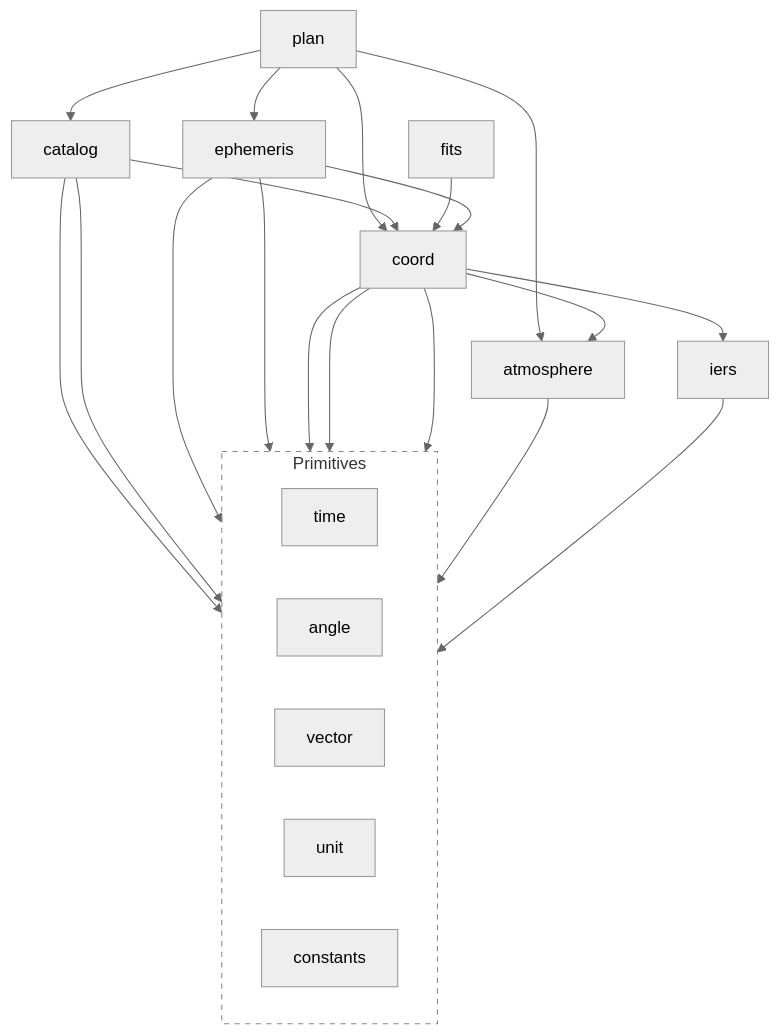
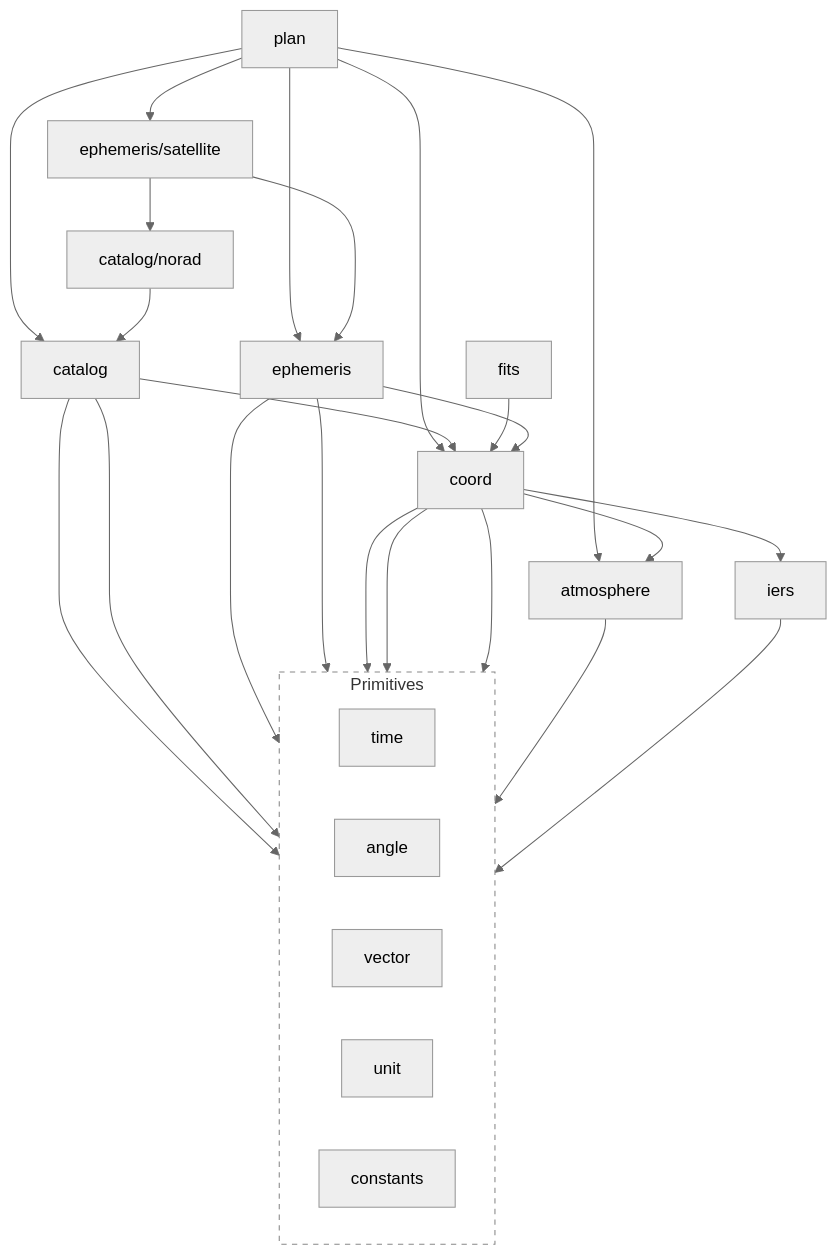
Before and after one commit to TuSKan/astrogo: the diagram in README.md, drawn with Mermaid (neutral theme). The commit also changed other lines of this file and 17 other files, not shown here.

Commit message:
feat: add NORAD GP element set support and integrate with unified satellite catalog resolver

````diff
--- a/README.md
+++ b/README.md
@@ -327,53 +360,57 @@
 ```mermaid
 flowchart TD
     %% High-level Orchestration
     plan[plan]
     catalog[catalog]
 
     %% Scientific Engines
     ephemeris[ephemeris]
     coord[coord]
     atmosphere[atmosphere]
     fits[fits]
     
     %% Data Providers
     iers[iers]
 
     %% Primitive Foundation
     subgraph Primitives
         direction LR
         time[time]
         angle[angle]
         vector[vector]
         unit[unit]
         constants[constants]
     end
 
     %% Dependency mappings (Top-Down: A imports B)
     plan --> coord
     plan --> ephemeris
     plan --> catalog
     plan --> atmosphere
     
     catalog --> coord
     catalog --> time
     catalog --> angle
     
     fits --> coord
     
     ephemeris --> time
     ephemeris --> vector
     ephemeris --> coord
+    satellite["ephemeris/satellite"] --> ephemeris
+    satellite --> norad
+    norad["catalog/norad"] --> catalog
+    plan --> satellite
     
     coord --> iers
     coord --> atmosphere
     coord --> time
     coord --> vector
     coord --> angle
     
     atmosphere --> angle
 
     iers --> time
 
     style Primitives fill:transparent,stroke:#888,stroke-dasharray: 5 5
 ```
````
